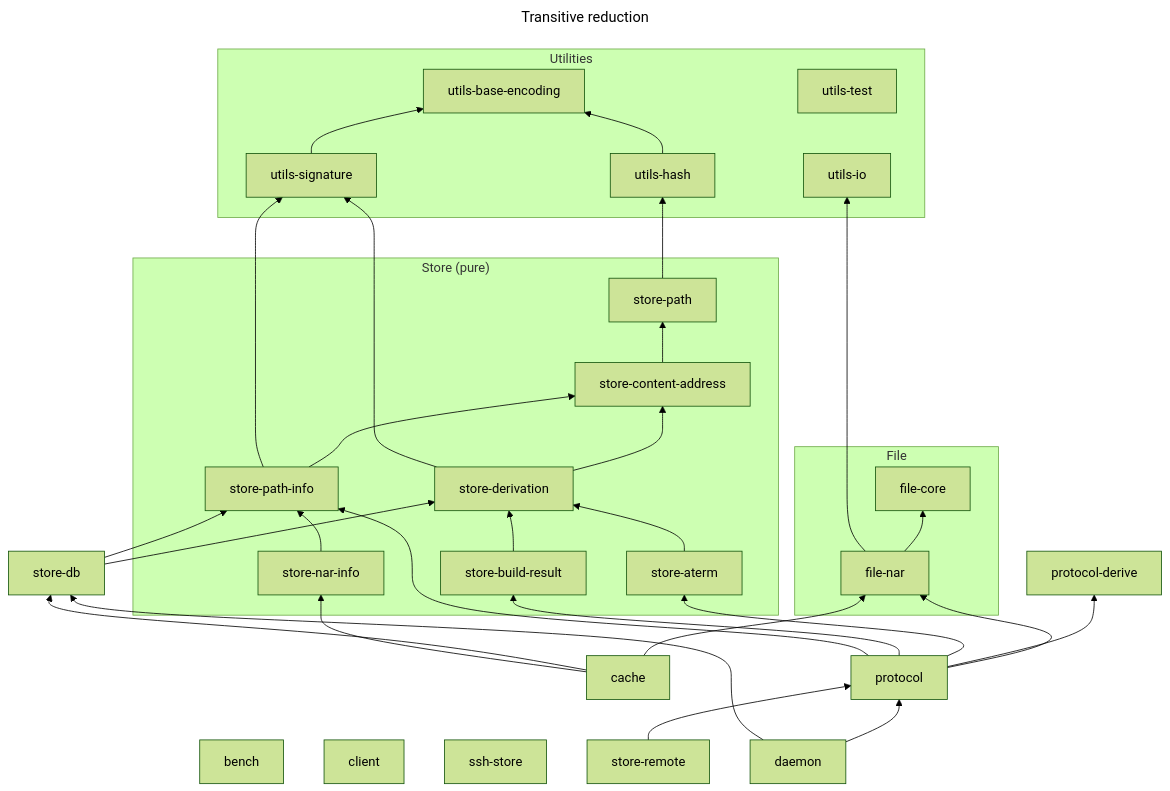
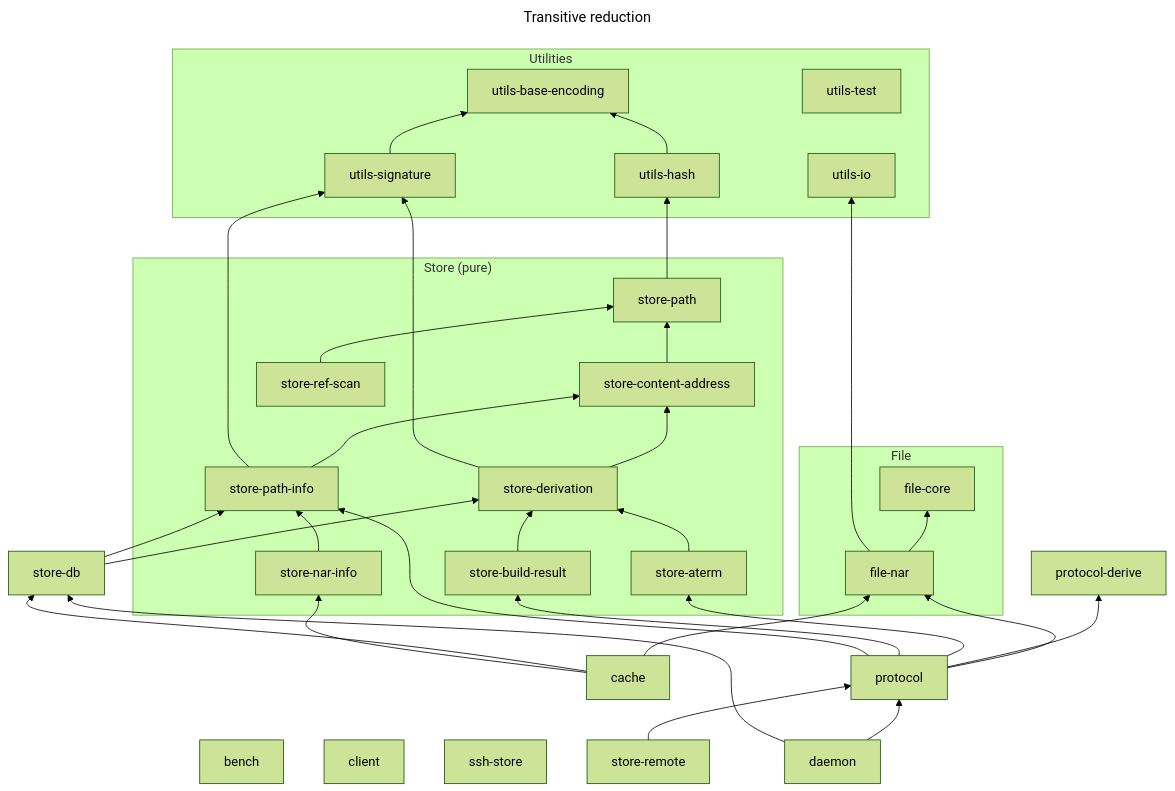
Before and after one commit to nix-community/harmonia: the diagram in docs/architecture/harmonia-store-structure.md, drawn with Mermaid (forest theme). The commit also changed 5 other files, not shown here.

First line of the commit message:
store: add `harmonia-store-ref-scan`

````diff
--- a/docs/architecture/harmonia-store-structure.md
+++ b/docs/architecture/harmonia-store-structure.md
@@ -79,55 +79,57 @@
 ```mermaid
 ---
 title: Transitive reduction
 ---
 graph BT
     subgraph "Utilities"
         utils-base-encoding
         utils-hash
         utils-io
         utils-signature
         utils-test
     end
     subgraph "Store (pure)"
         store-aterm
         store-build-result
         store-content-address
         store-derivation
         store-nar-info
         store-path
         store-path-info
+        store-ref-scan
     end
     subgraph "File"
         file-core
         file-nar
     end
     bench
     client
     ssh-store
     file-nar --> file-core
     file-nar --> utils-io
     utils-hash --> utils-base-encoding
     utils-signature --> utils-base-encoding
     store-path --> utils-hash
     store-content-address --> store-path
+    store-ref-scan --> store-path
     store-derivation --> store-content-address
     store-derivation --> utils-signature
     store-path-info --> store-content-address
     store-path-info --> utils-signature
     store-aterm --> store-derivation
     store-build-result --> store-derivation
     store-db --> store-derivation
     store-db --> store-path-info
     store-nar-info --> store-path-info
     cache --> file-nar
     cache --> store-db
     cache --> store-nar-info
     protocol --> file-nar
     protocol --> protocol-derive
     protocol --> store-aterm
     protocol --> store-build-result
     protocol --> store-path-info
     daemon --> protocol
     daemon --> store-db
     store-remote --> protocol
 ```
````
